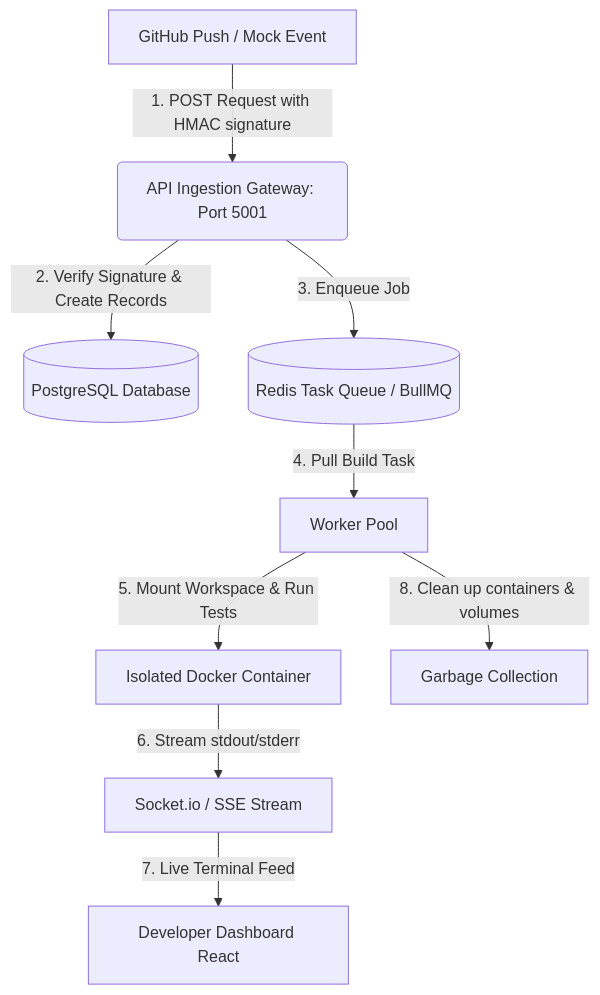
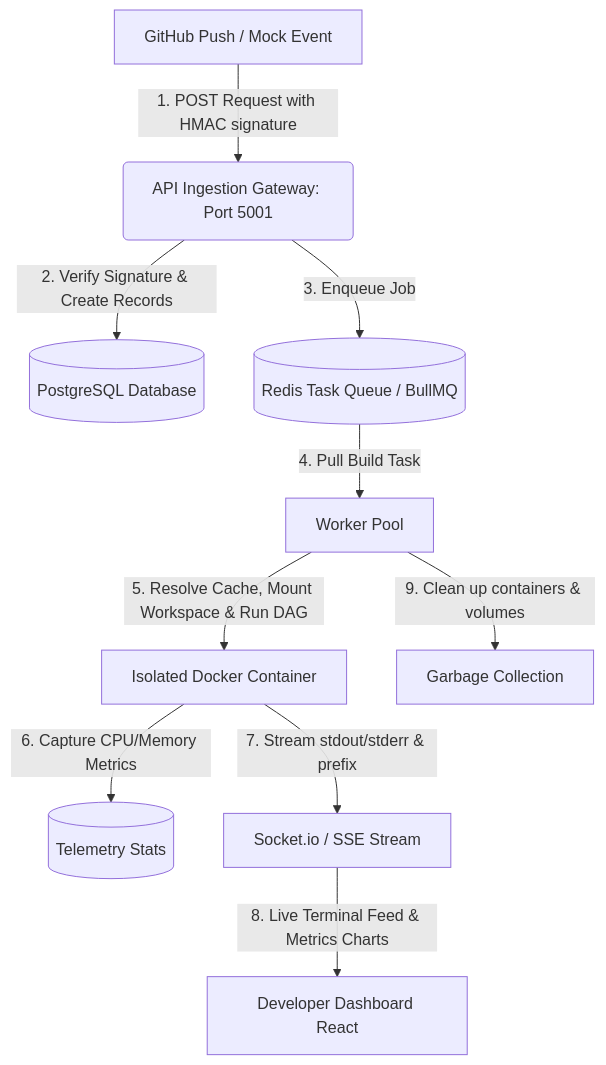
The diagram in README.md (AmanKashyapp07/CI-CD-Engine), drawn with Mermaid before and after one commit. The commit also changed other lines of this file, not shown here.

````diff
--- a/README.md
+++ b/README.md
@@ -22,11 +36,12 @@
 ```mermaid
 flowchart TD
     A[GitHub Push / Mock Event] -->|1. POST Request with HMAC signature| B(API Ingestion Gateway: Port 5001)
     B -->|2. Verify Signature & Create Records| C[(PostgreSQL Database)]
     B -->|3. Enqueue Job| D[(Redis Task Queue / BullMQ)]
     D -->|4. Pull Build Task| E[Worker Pool]
-    E -->|5. Mount Workspace & Run Tests| F[Isolated Docker Container]
-    F -->|6. Stream stdout/stderr| G[Socket.io / SSE Stream]
-    G -->|7. Live Terminal Feed| H[Developer Dashboard React]
-    E -->|8. Clean up containers & volumes| I[Garbage Collection]
+    E -->|5. Resolve Cache, Mount Workspace & Run DAG| F[Isolated Docker Container]
+    F -->|6. Capture CPU/Memory Metrics| G[(Telemetry Stats)]
+    F -->|7. Stream stdout/stderr & prefix| H[Socket.io / SSE Stream]
+    H -->|8. Live Terminal Feed & Metrics Charts| I[Developer Dashboard React]
+    E -->|9. Clean up containers & volumes| J[Garbage Collection]
 ```
````
